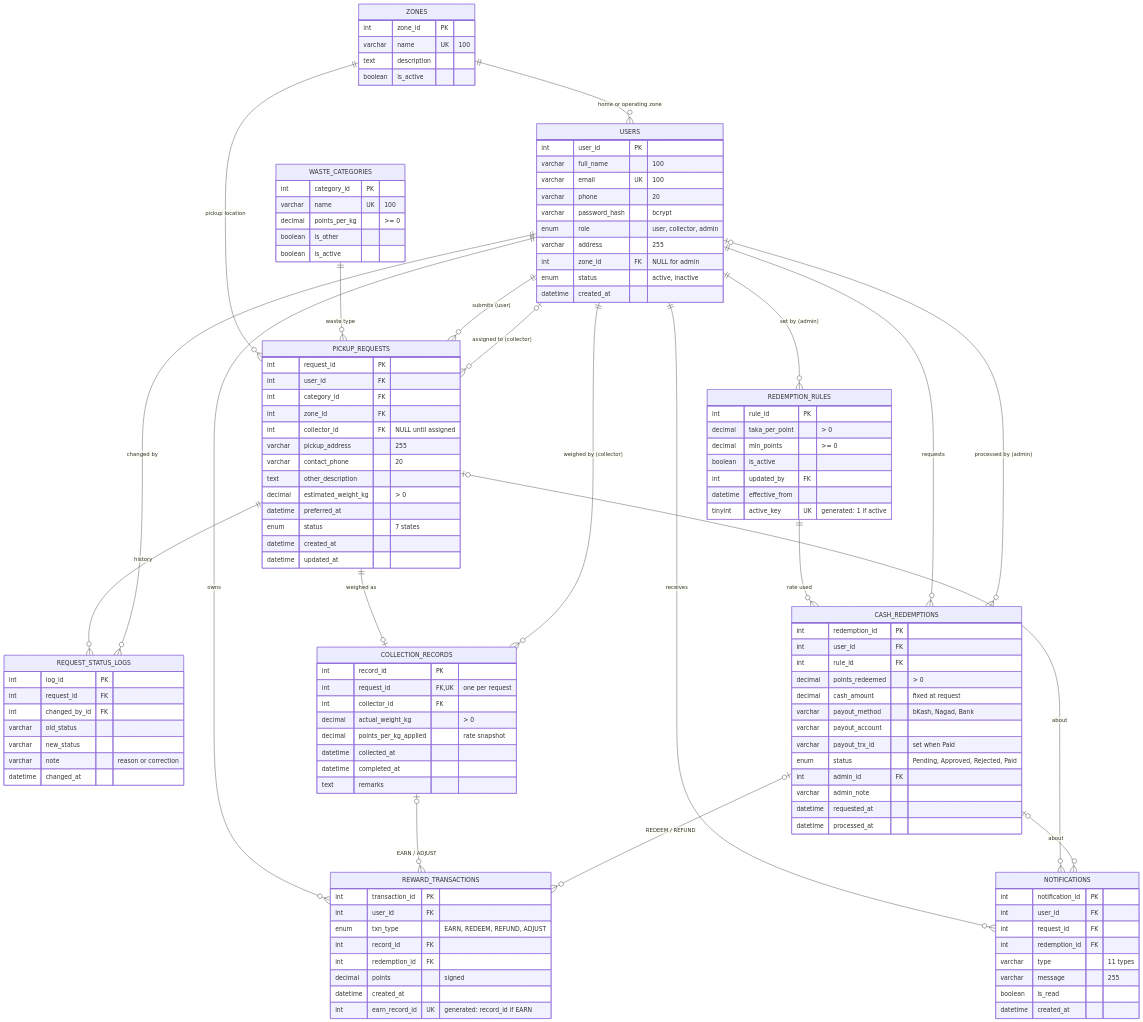
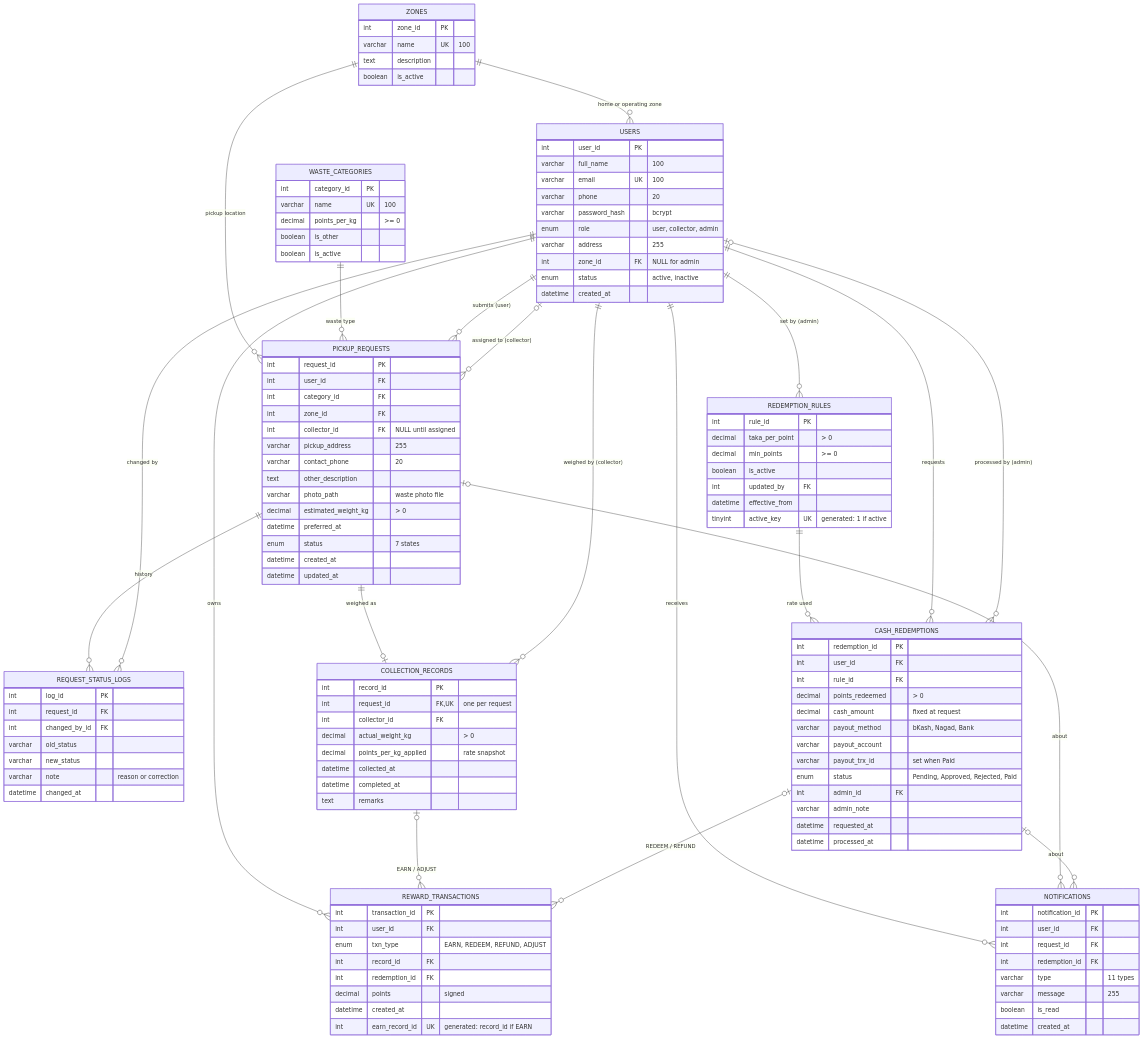
The diagram in database.md (elnMohiuddinMolla/Waste-Resource-Recycle), drawn with Mermaid before and after one commit. The commit also changed other lines of this file and 38 other files, not shown here.

```diff
--- a/database.md
+++ b/database.md
@@ -839,6 +841,7 @@
         varchar pickup_address "255"
         varchar contact_phone "20"
         text other_description
+        varchar photo_path "waste photo file"
         decimal estimated_weight_kg "> 0"
         datetime preferred_at
         enum status "7 states"
```
